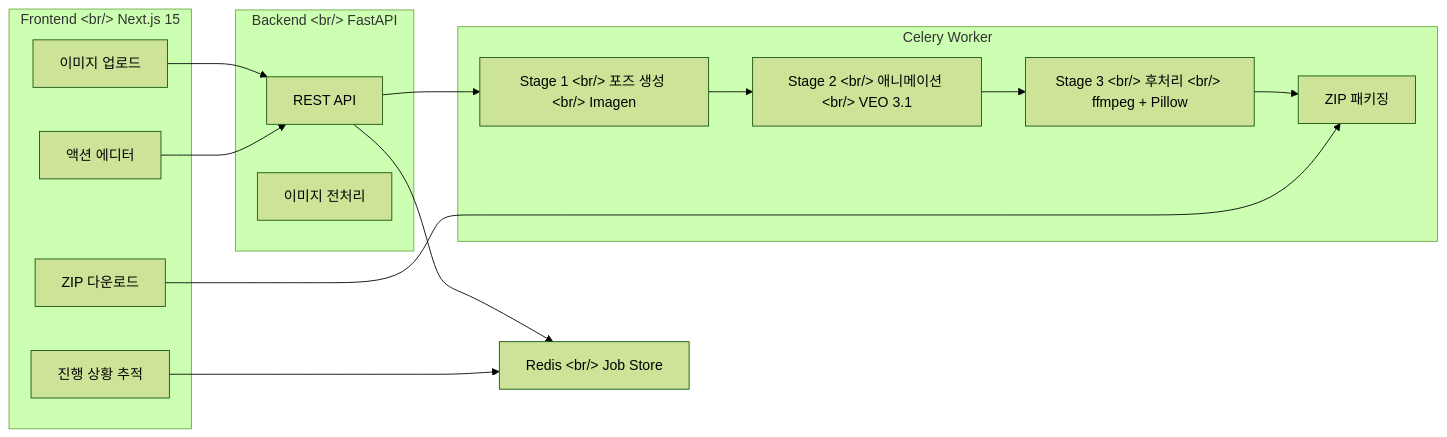
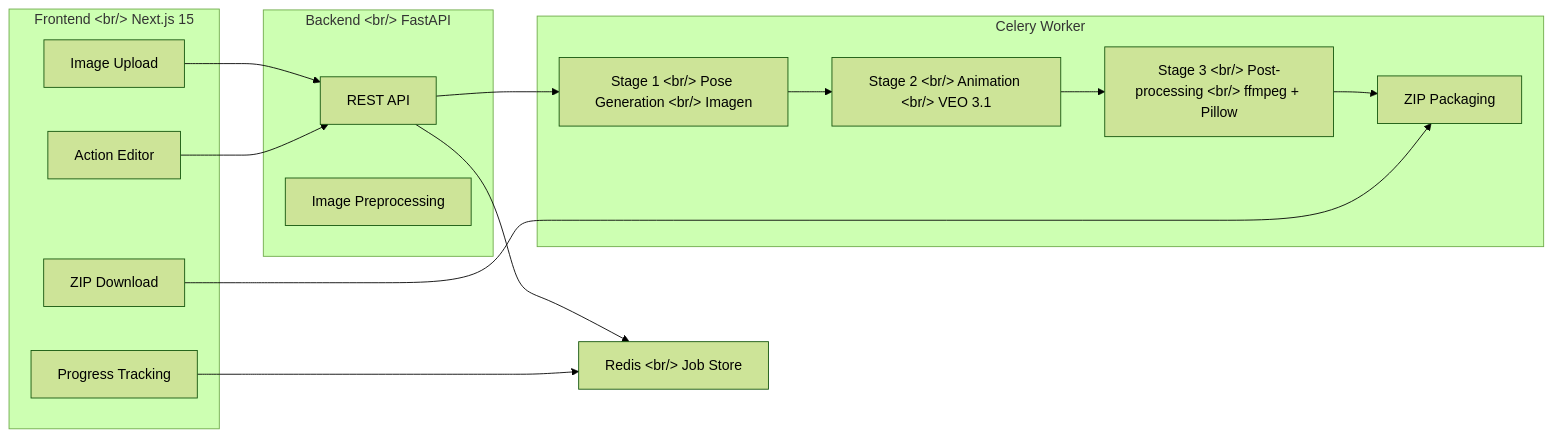
Before and after one commit to ice-ice-bear/ice-ice-bear.github.io: the diagram in content/en/posts/2026-04-02-popcon-dev1.md, drawn with Mermaid (forest theme). The commit also changed other lines of this file and 23 other files, not shown here.

````diff
--- a/content/en/posts/2026-04-02-popcon-dev1.md
+++ b/content/en/posts/2026-04-02-popcon-dev1.md
@@ -37,33 +37,33 @@
 ```mermaid
 graph LR
     subgraph Frontend["Frontend &lt;br/&gt; Next.js 15"]
-        Upload["이미지 업로드"]
-        Editor["액션 에디터"]
-        Progress["진행 상황 추적"]
-        Download["ZIP 다운로드"]
+        Upload["Image Upload"]
+        Editor["Action Editor"]
+        Progress["Progress Tracking"]
+        Download["ZIP Download"]
     end
 
     subgraph Backend["Backend &lt;br/&gt; FastAPI"]
         API["REST API"]
-        Preprocess["이미지 전처리"]
+        Preprocess["Image Preprocessing"]
     end
 
     subgraph Worker["Celery Worker"]
-        S1["Stage 1 &lt;br/&gt; 포즈 생성 &lt;br/&gt; Imagen"]
-        S2["Stage 2 &lt;br/&gt; 애니메이션 &lt;br/&gt; VEO 3.1"]
-        S3["Stage 3 &lt;br/&gt; 후처리 &lt;br/&gt; ffmpeg + Pillow"]
-        Pack["ZIP 패키징"]
+        S1["Stage 1 &lt;br/&gt; Pose Generation &lt;br/&gt; Imagen"]
+        S2["Stage 2 &lt;br/&gt; Animation &lt;br/&gt; VEO 3.1"]
+        S3["Stage 3 &lt;br/&gt; Post-processing &lt;br/&gt; ffmpeg + Pillow"]
+        Pack["ZIP Packaging"]
     end
 
     Redis["Redis &lt;br/&gt; Job Store"]
 
     Upload --> API
     Editor --> API
     API --> Redis
     API --> S1
     S1 --> S2
     S2 --> S3
     S3 --> Pack
     Progress --> Redis
     Download --> Pack
 ```
````
